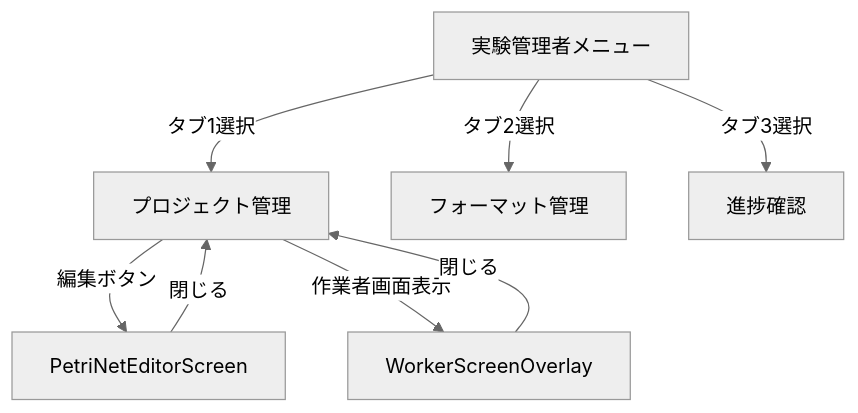
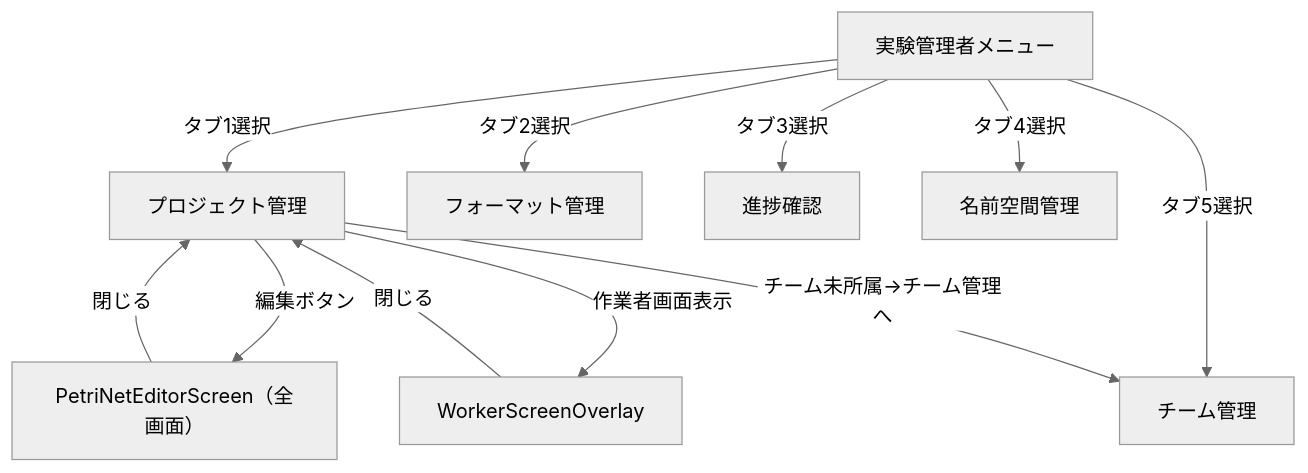
Before and after one commit to HisashiShimada/AlcheMia_Prod_PH2: the diagram in docs/design/ui/experiment_admin/00_menu/ui_experiment_admin_menu.md, drawn with Mermaid (neutral theme). The commit also changed other lines of this file and 64 other files, not shown here.

````diff
--- a/docs/design/ui/experiment_admin/00_menu/ui_experiment_admin_menu.md
+++ b/docs/design/ui/experiment_admin/00_menu/ui_experiment_admin_menu.md
@@ -105,10 +109,13 @@
 ```mermaid
 graph TD
     A[実験管理者メニュー] -->|タブ1選択| B[プロジェクト管理]
     A -->|タブ2選択| C[フォーマット管理]
     A -->|タブ3選択| D[進捗確認]
-    B -->|編集ボタン| E[PetriNetEditorScreen]
-    B -->|作業者画面表示| F[WorkerScreenOverlay]
-    E -->|閉じる| B
-    F -->|閉じる| B
+    A -->|タブ4選択| E[名前空間管理]
+    A -->|タブ5選択| F[チーム管理]
+    B -->|編集ボタン| H[PetriNetEditorScreen（全画面）]
+    B -->|作業者画面表示| I[WorkerScreenOverlay]
+    B -->|チーム未所属→チーム管理へ| F
+    H -->|閉じる| B
+    I -->|閉じる| B
 ```
````
